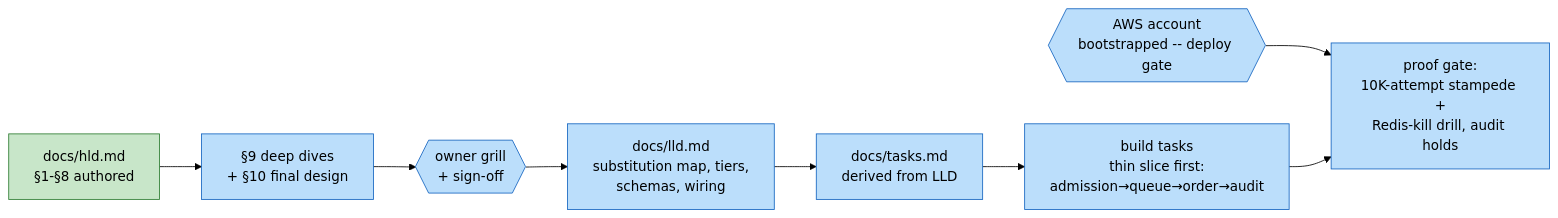
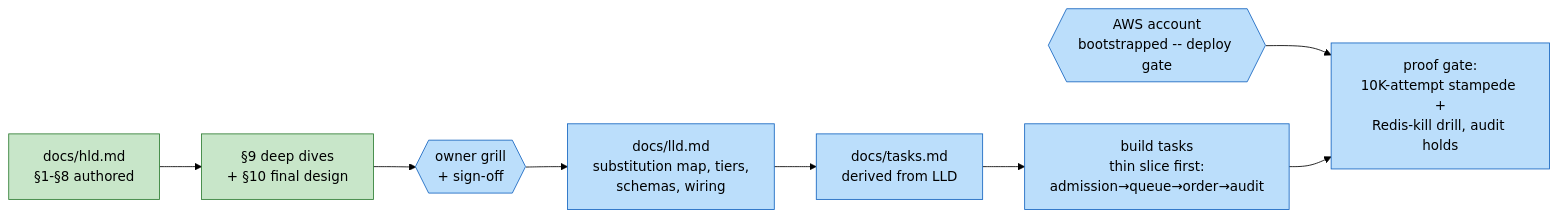
One commit to quannh0308/SystemDesignDeepDives changed the diagram in flash-sale-inventory/docs/ledger.md. Above: the diagram before and after it, drawn with Mermaid (forest theme). The commit also changed other lines of this file and 2 other files, not shown here.

Commit message:
flash-sale-inventory: §9 deep dives (11) + §10 final whiteboard with buy-attempt narration; waiting-lane semantics for zero-stock

````diff
--- a/flash-sale-inventory/docs/ledger.md
+++ b/flash-sale-inventory/docs/ledger.md
@@ -5,13 +5,13 @@
 ```mermaid
 flowchart LR
-    HLD[docs/hld.md<br/>§1-§8 authored]:::done --> DIVES[§9 deep dives<br/>+ §10 final design]:::pending
+    HLD[docs/hld.md<br/>§1-§8 authored]:::done --> DIVES[§9 deep dives<br/>+ §10 final design]:::done
     DIVES --> REVIEW{{owner grill<br/>+ sign-off}}:::pending
     REVIEW --> LLD[docs/lld.md<br/>substitution map, tiers,<br/>schemas, wiring]:::pending
     LLD --> PLAN[docs/tasks.md<br/>derived from LLD]:::pending
     PLAN --> BUILD[build tasks<br/>thin slice first:<br/>admission→queue→order→audit]:::pending
     AWS{{AWS account<br/>bootstrapped -- deploy gate}}:::pending --> PROVE[proof gate:<br/>10K-attempt stampede +<br/>Redis-kill drill, audit holds]:::pending
     BUILD --> PROVE
 
     classDef done fill:#c8e6c9,stroke:#2e7d32
     classDef pending fill:#bbdefb,stroke:#1565c0
 ```
````
